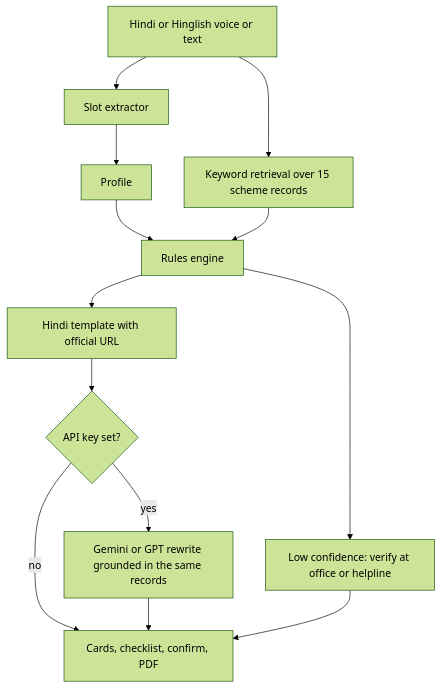
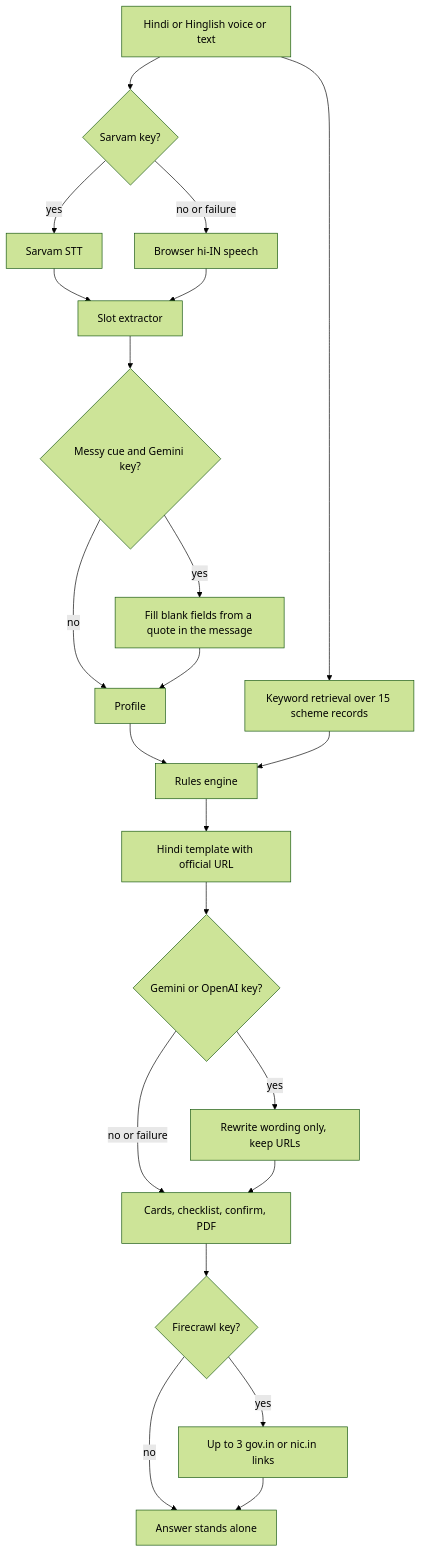
One commit to ankukumarsingh82-boop/sarkari-saathi changed the diagram in README.md. Above: the diagram before and after it, drawn with Mermaid (forest theme). The commit also changed other lines of this file and 3 other files, not shown here.

First line of the commit message:
Document Gemini, Sarvam, and Firecrawl setup and fallbacks.

````diff
--- a/README.md
+++ b/README.md
@@ -31,15 +32,24 @@
 ```mermaid
 flowchart TD
-  user[Hindi or Hinglish voice or text] --> extract[Slot extractor]
-  extract --> profile[Profile]
+  user[Hindi or Hinglish voice or text] --> voice{Sarvam key?}
+  voice -->|yes| sarvam[Sarvam STT]
+  voice -->|no or failure| browser[Browser hi-IN speech]
+  sarvam --> extract[Slot extractor]
+  browser --> extract
+  extract --> gaps{Messy cue and Gemini key?}
+  gaps -->|yes| fill[Fill blank fields from a quote in the message]
+  gaps -->|no| profile[Profile]
+  fill --> profile
   profile --> rules[Rules engine]
   user --> retrieve[Keyword retrieval over 15 scheme records]
   retrieve --> rules
   rules --> template[Hindi template with official URL]
-  template --> gate{API key set?}
-  gate -->|no| ui[Cards, checklist, confirm, PDF]
-  gate -->|yes| llm[Gemini or GPT rewrite grounded in the same records]
+  template --> gate{Gemini or OpenAI key?}
+  gate -->|no or failure| ui[Cards, checklist, confirm, PDF]
+  gate -->|yes| llm[Rewrite wording only, keep URLs]
   llm --> ui
-  rules --> low[Low confidence: verify at office or helpline]
-  low --> ui
+  ui --> search{Firecrawl key?}
+  search -->|yes| links[Up to 3 gov.in or nic.in links]
+  search -->|no| done[Answer stands alone]
+  links --> done
 ```
````
